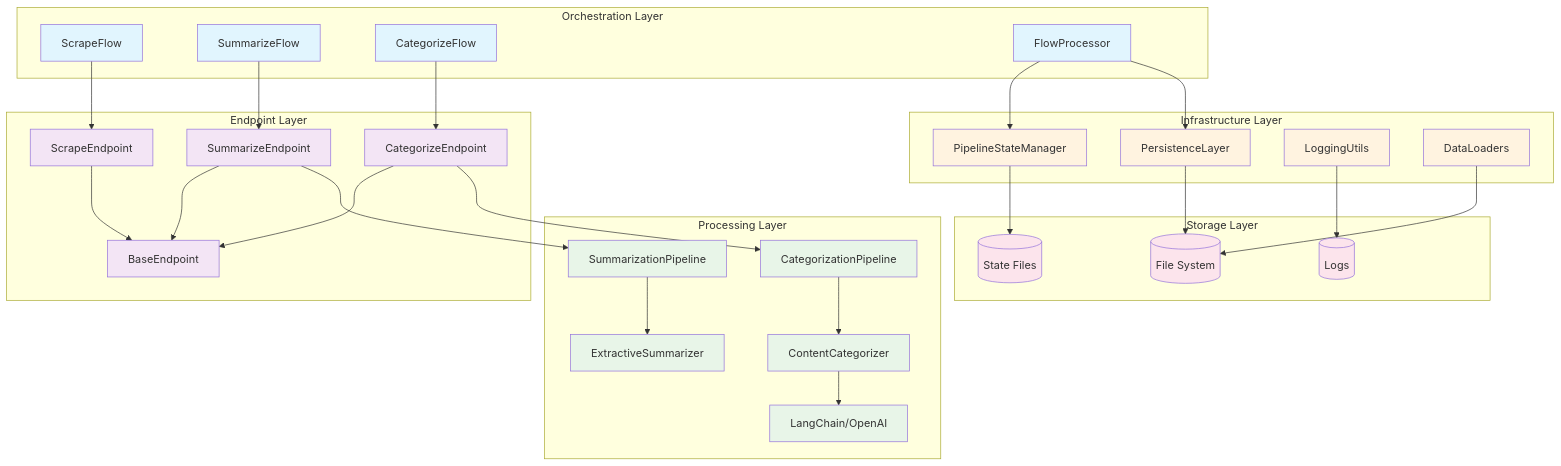
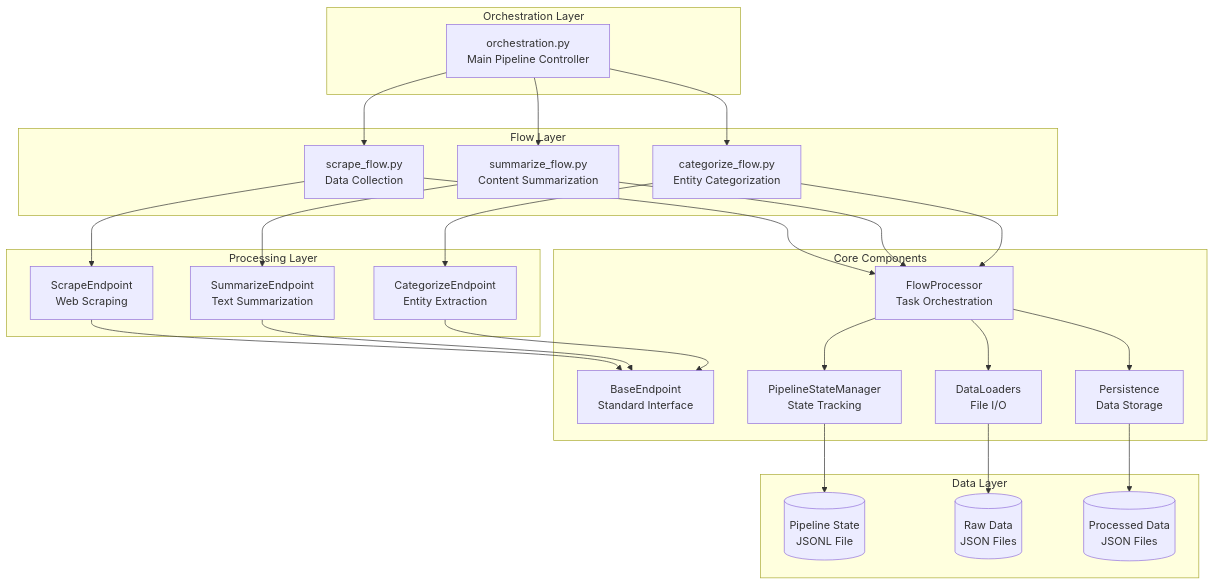
One commit to dmitriyratu/DiscourseKG changed the first of 3 diagrams in documentation/architecture.md. Above: the diagram before and after it, drawn with Mermaid. The commit also changed other lines of this file, not shown here.

First line of the commit message:
refactor: enhance architecture documentation and clarify processing stages

````diff
--- a/documentation/architecture.md
+++ b/documentation/architecture.md
@@ -11,70 +9,56 @@
 ```mermaid
 graph TB
     subgraph "Orchestration Layer"
-        SF["ScrapeFlow"]
-        SUMF["SummarizeFlow"] 
-        CF["CategorizeFlow"]
-        FP["FlowProcessor"]
+        ORCH["orchestration.py<br/>Main Pipeline Controller"]
     end
     
-    subgraph "Endpoint Layer"
-        SE["ScrapeEndpoint"]
-        SME["SummarizeEndpoint"]
-        CE["CategorizeEndpoint"]
-        BE["BaseEndpoint"]
+    subgraph "Flow Layer"
+        SF["scrape_flow.py<br/>Data Collection"]
+        SUMF["summarize_flow.py<br/>Content Summarization"]
+        CF["categorize_flow.py<br/>Entity Categorization"]
     end
     
     subgraph "Processing Layer"
-        ES["ExtractiveSummarizer"]
-        CC["ContentCategorizer"]
-        SP["SummarizationPipeline"]
-        CP["CategorizationPipeline"]
-        LLM["LangChain/OpenAI"]
+        SE["ScrapeEndpoint<br/>Web Scraping"]
+        SUME["SummarizeEndpoint<br/>Text Summarization"]
+        CE["CategorizeEndpoint<br/>Entity Extraction"]
     end
     
-    subgraph "Infrastructure Layer"
-        PSM["PipelineStateManager"]
-        PD["PersistenceLayer"]
-        LU["LoggingUtils"]
-        DL["DataLoaders"]
+    subgraph "Core Components"
+        BSE["BaseEndpoint<br/>Standard Interface"]
+        FPR["FlowProcessor<br/>Task Orchestration"]
+        PSM["PipelineStateManager<br/>State Tracking"]
+        DL["DataLoaders<br/>File I/O"]
+        PER["Persistence<br/>Data Storage"]
     end
     
-    subgraph "Storage Layer"
-        FS[("File System")]
-        LS[("Logs")]
-        SS[("State Files")]
+    subgraph "Data Layer"
+        PS[("Pipeline State<br/>JSONL File")]
+        RAW[("Raw Data<br/>JSON Files")]
+        PROC[("Processed Data<br/>JSON Files")]
     end
     
+    ORCH --> SF
+    ORCH --> SUMF
+    ORCH --> CF
+    
     SF --> SE
-    SUMF --> SME
+    SUMF --> SUME
     CF --> CE
-    FP --> PSM
-    FP --> PD
     
-    SE --> BE
-    SME --> BE
-    CE --> BE
+    SE --> BSE
+    SUME --> BSE
+    CE --> BSE
     
-    SME --> SP
-    SP --> ES
-    CE --> CP
-    CP --> CC
-    CC --> LLM
+    SF --> FPR
+    SUMF --> FPR
+    CF --> FPR
     
-    PSM --> SS
-    PD --> FS
-    LU --> LS
-    DL --> FS
+    FPR --> PSM
+    FPR --> DL
+    FPR --> PER
     
-    classDef orchestration fill:#e1f5fe
-    classDef endpoint fill:#f3e5f5
-    classDef processing fill:#e8f5e8
-    classDef infrastructure fill:#fff3e0
-    classDef storage fill:#fce4ec
-    
-    class SF,SUMF,CF,FP orchestration
-    class SE,SME,CE,BE endpoint
-    class ES,CC,SP,CP,LLM processing
-    class PSM,PD,LU,DL infrastructure
-    class FS,LS,SS storage
+    PSM --> PS
+    DL --> RAW
+    PER --> PROC
 ```
````
